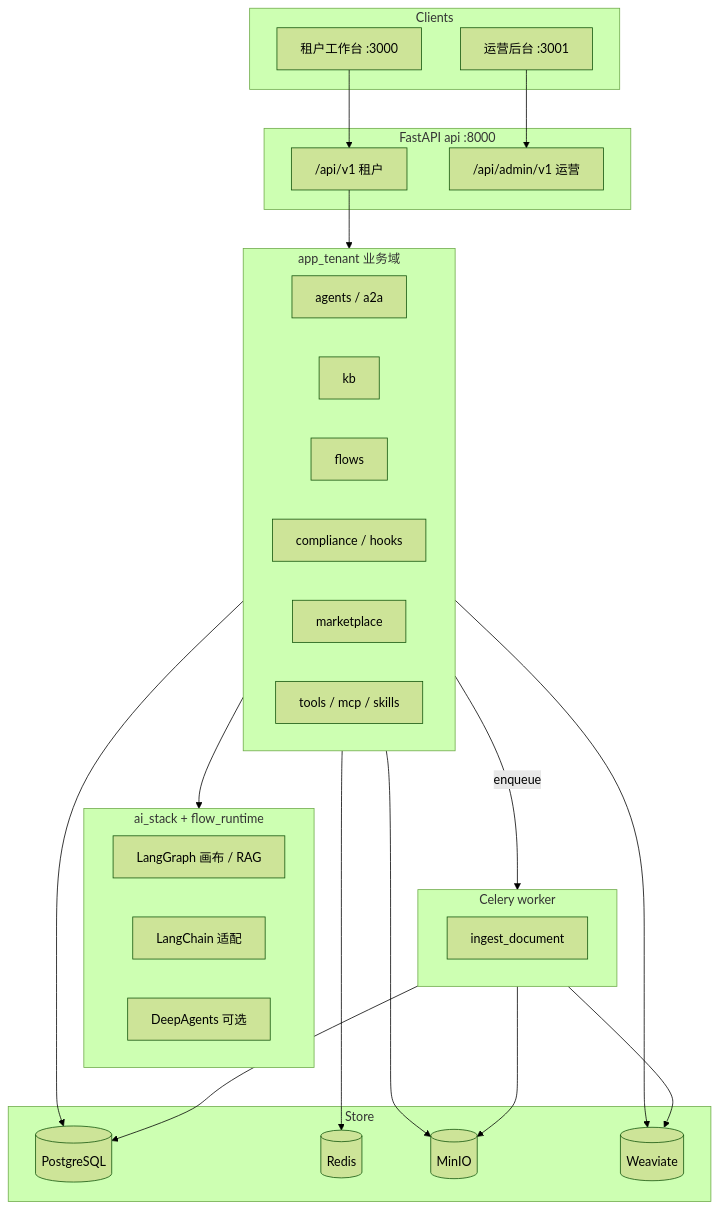
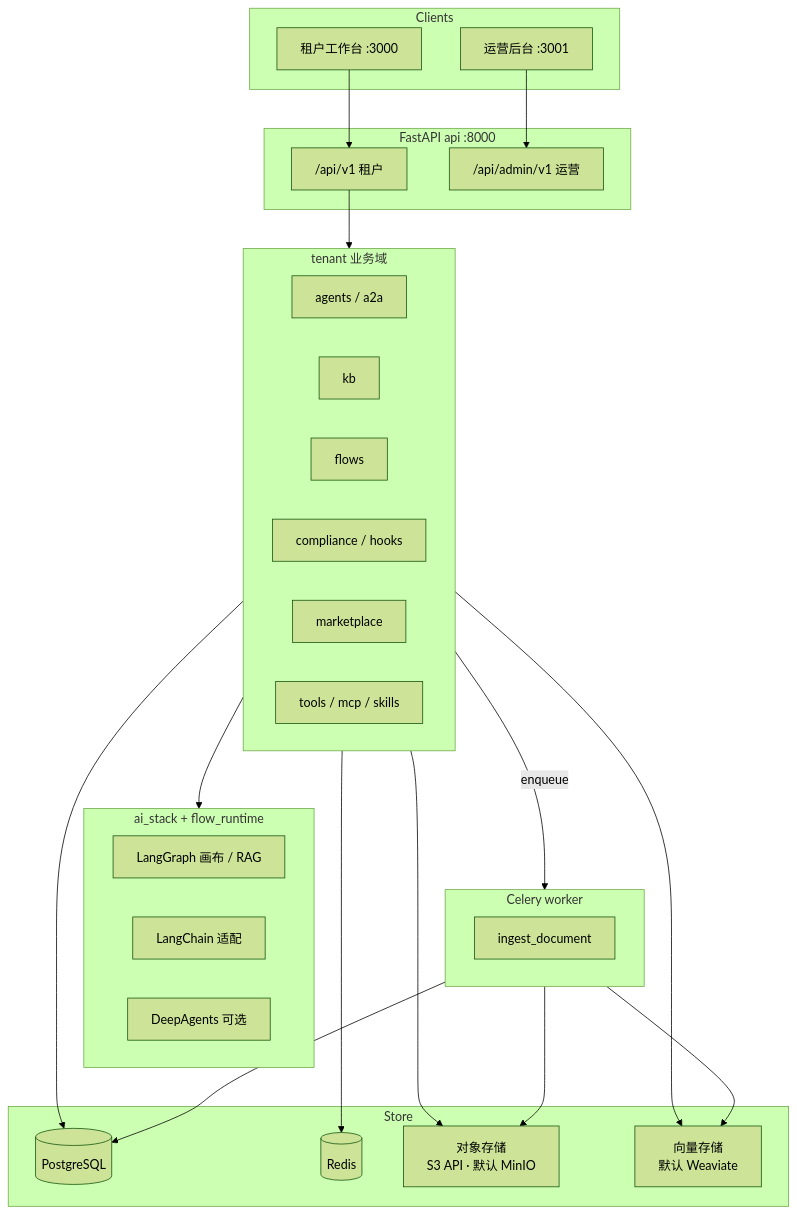
The first of 3 diagrams in docs/architecture/technical-design.md (miles-ai-saas/MilesAi), drawn with Mermaid (forest theme) before and after one commit. The commit also changed other lines of this file and 368 other files, not shown here.

````diff
--- a/docs/architecture/technical-design.md
+++ b/docs/architecture/technical-design.md
@@ -58,51 +58,51 @@
 ```mermaid
 flowchart TB
     subgraph Clients
         WEB[租户工作台 :3000]
         ADM[运营后台 :3001]
     end
 
     subgraph API["FastAPI api :8000"]
         V1["/api/v1 租户"]
         ADM_API["/api/admin/v1 运营"]
     end
 
-    subgraph BL["app_tenant 业务域"]
+    subgraph BL["tenant 业务域"]
         AGT[agents / a2a]
         KB[kb]
         FLW[flows]
         CMP[compliance / hooks]
         MKT[marketplace]
         TOOL[tools / mcp / skills]
     end
 
     subgraph AI["ai_stack + flow_runtime"]
         LG[LangGraph 画布 / RAG]
         LC[LangChain 适配]
         DA[DeepAgents 可选]
     end
 
     subgraph Worker["Celery worker"]
         ING[ingest_document]
     end
 
     subgraph Store
         PG[(PostgreSQL)]
         RD[(Redis)]
-        S3[(MinIO)]
-        WV[(Weaviate)]
+        OBJ["对象存储<br/>S3 API · 默认 MinIO"]
+        VEC["向量存储<br/>默认 Weaviate"]
     end
 
     WEB --> V1
     ADM --> ADM_API
     V1 --> BL
     BL --> AI
     BL --> PG
     BL --> RD
-    BL --> S3
-    BL --> WV
+    BL --> OBJ
+    BL --> VEC
     BL -->|enqueue| Worker
-    Worker --> S3
-    Worker --> WV
+    Worker --> OBJ
+    Worker --> VEC
     Worker --> PG
 ```
````
